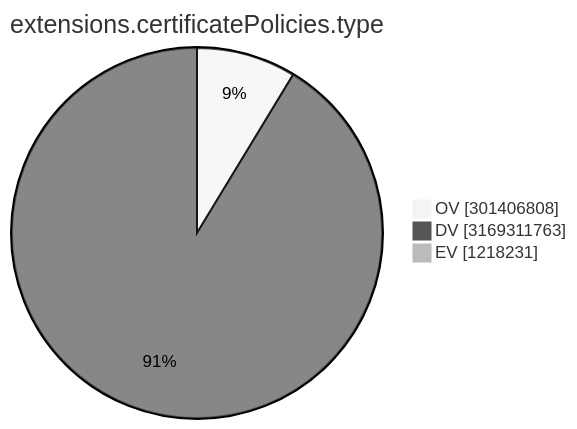
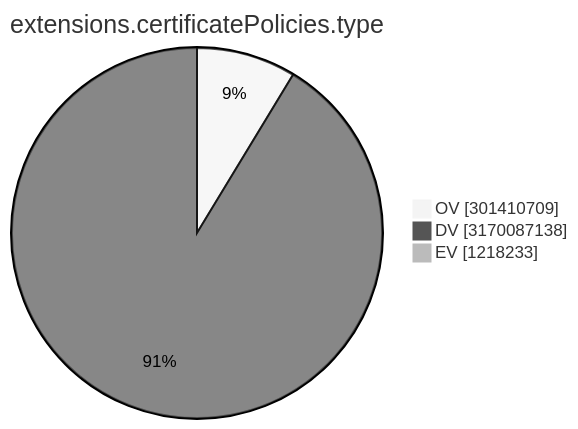
Before and after one commit to christiankrug/ctmonitor_visualization: the ninth of 15 diagrams in TOTAL/README.md, drawn with Mermaid (neutral theme). The commit also changed other lines of this file, not shown here.

````diff
--- a/TOTAL/README.md
+++ b/TOTAL/README.md
@@ -3105,7 +3105,7 @@
 ```mermaid
 pie showData
 title extensions.certificatePolicies.type
-"OV" :301406808
-"DV" :3169311763
-"EV" :1218231
+"OV" :301410709
+"DV" :3170087138
+"EV" :1218233
 ```
````
